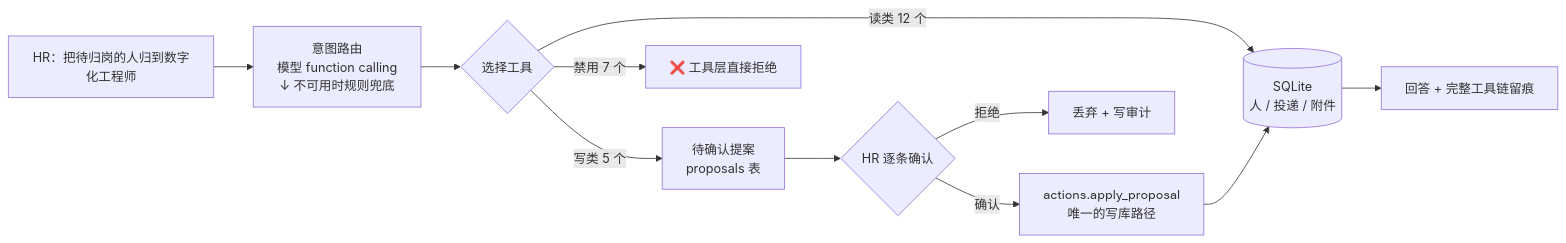
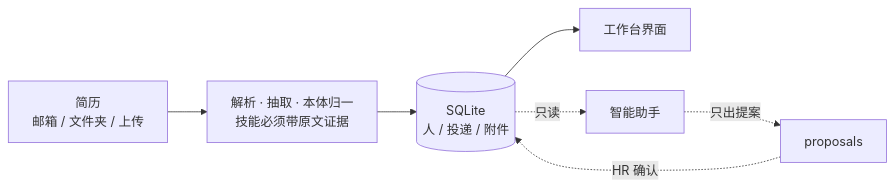
One commit to herehxy/HRAgent changed the diagram in README.md. Above: the diagram before and after it, drawn with Mermaid. The commit also changed other lines of this file and 2 other files, not shown here.

````diff
--- a/README.md
+++ b/README.md
@@ -35,13 +22,9 @@
 ```mermaid
 flowchart LR
-    Q["HR：把待归岗的人归到数字化工程师"] --> R["意图路由<br/>模型 function calling<br/>↓ 不可用时规则兜底"]
-    R --> T{选择工具}
-    T -->|读类 12 个| DB[("SQLite<br/>人 / 投递 / 附件")]
-    T -->|写类 5 个| P["待确认提案<br/>proposals 表"]
-    P --> C{"HR 逐条确认"}
-    C -->|确认| W["actions.apply_proposal<br/>唯一的写库路径"]
-    C -->|拒绝| X["丢弃 + 写审计"]
-    W --> DB
-    DB --> A["回答 + 完整工具链留痕"]
-    T -->|禁用 7 个| Z["❌ 工具层直接拒绝"]
+    A["简历<br/>邮箱 / 文件夹 / 上传"] --> B["解析 · 抽取 · 本体归一<br/>技能必须带原文证据"]
+    B --> C[("SQLite<br/>人 / 投递 / 附件")]
+    C --> D["工作台界面"]
+    C -.->|只读| E["智能助手"]
+    E -.->|只出提案| P["proposals"]
+    P -.->|HR 确认| C
 ```
````
